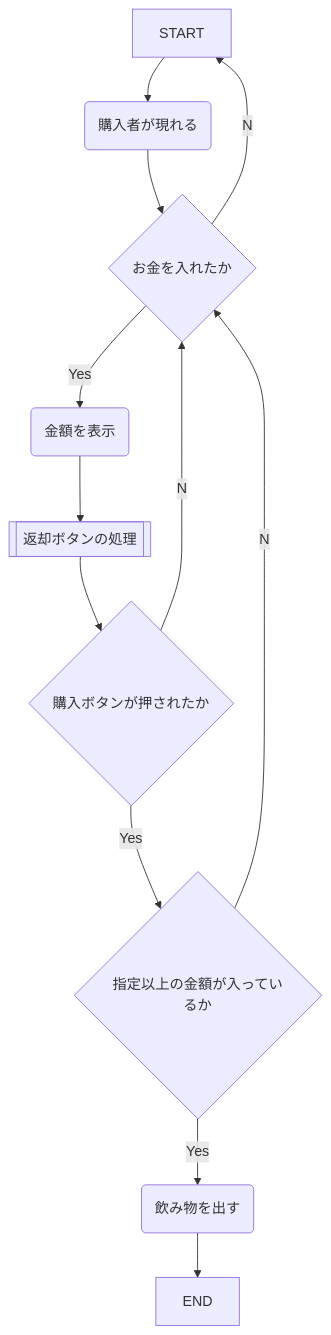
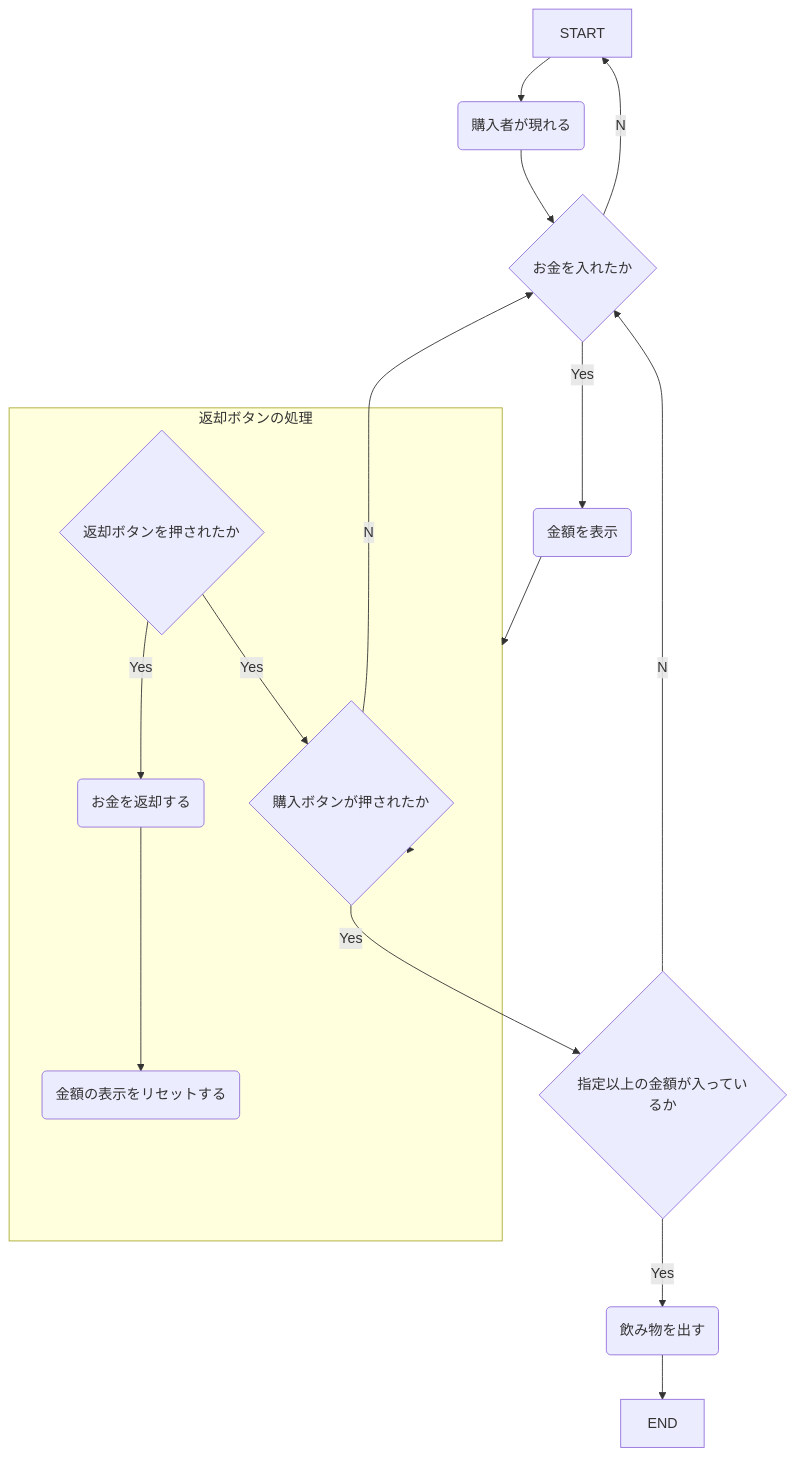
One commit to tpu-game-2022/mermaid_test changed the diagram in README.md. Above: the diagram before and after it, drawn with Mermaid.

Commit message:
フローチャートを変更した

````diff
--- a/README.md
+++ b/README.md
@@ -20,13 +20,19 @@
 ```mermaid
 flowchart TB
   START-->A(購入者が現れる)
   A(購入者が現れる)-->B{お金を入れたか}
   B--Yes-->C(金額を表示)
   B--No-->START
-  C-->H[[返却ボタンの処理]]-->E{購入ボタンが押されたか}
+  C-->返却ボタンの処理-->E{購入ボタンが押されたか}
   E{購入ボタンが押されたか}--Yes-->F{指定以上の金額が入っているか}
   E--No-->B
   F--Yes-->G(飲み物を出す)
   F--No-->B
   G-->END
+
+  subgraph 返却ボタンの処理
+     D1{返却ボタンを押されたか}--Yes-->D2(お金を返却する)
+    D1--Yes-->E
+    D2-->D3(金額の表示をリセットする)
+  end
 ```
````
